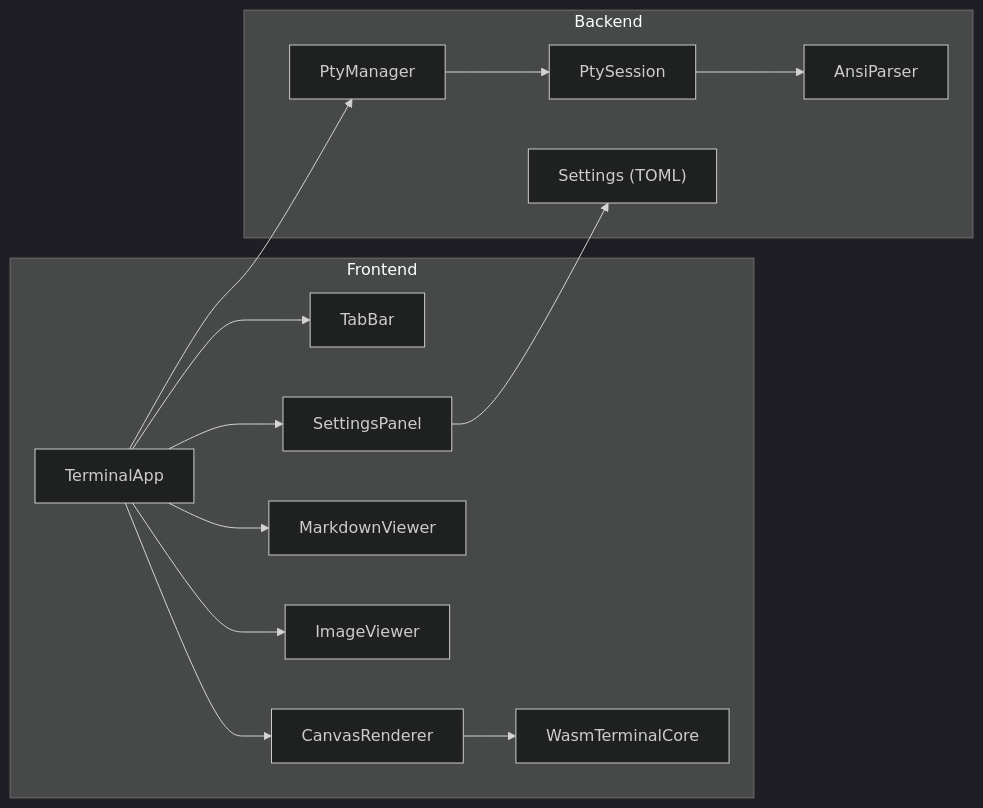
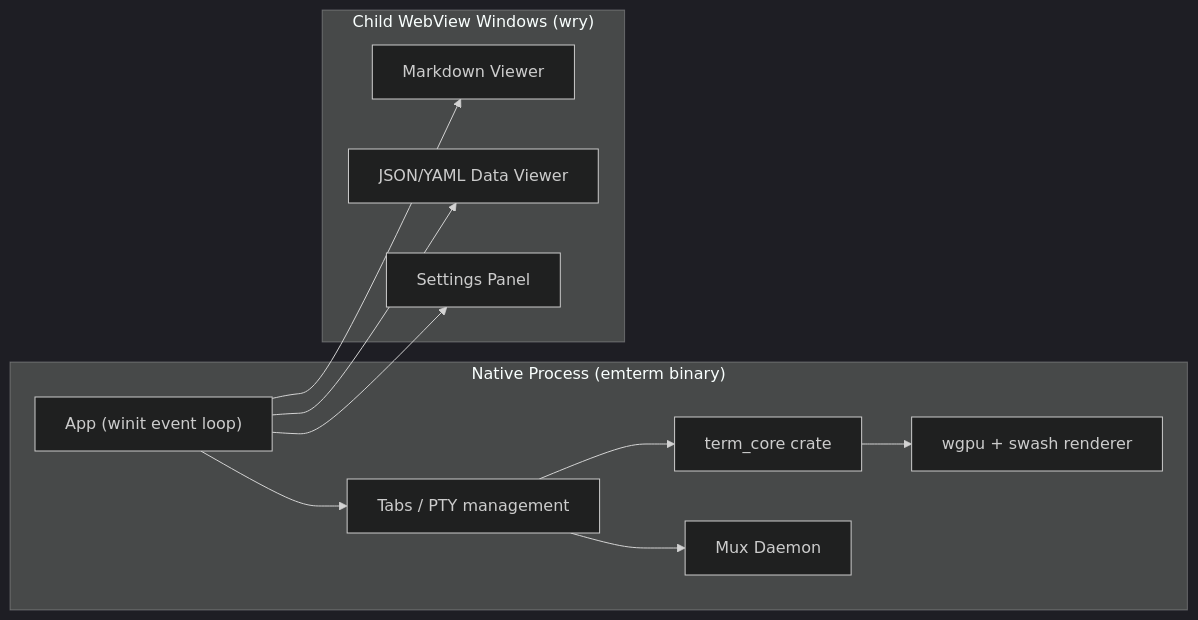
One commit to m-m-n/emterm changed the second of 2 diagrams in doc/SPECIFICATION.md. Above: the diagram before and after it, drawn with Mermaid (dark theme). The commit also changed other lines of this file and 2 other files, not shown here.

First line of the commit message:
docs: refresh SPECIFICATION and README for native architecture

````diff
--- a/doc/SPECIFICATION.md
+++ b/doc/SPECIFICATION.md
@@ -33,30 +32,24 @@
 ```mermaid
 graph LR
-    subgraph Frontend
-        TermApp["TerminalApp"]
-        TabBar["TabBar"]
-        CanvasRenderer["CanvasRenderer"]
-        WasmCore["WasmTerminalCore"]
-        MarkdownViewer["MarkdownViewer"]
-        ImageViewer["ImageViewer"]
-        SettingsPanel["SettingsPanel"]
+    subgraph Native["Native Process (emterm binary)"]
+        App["App (winit event loop)"]
+        Tabs["Tabs / PTY management"]
+        TermCore["term_core crate"]
+        Renderer["wgpu + swash renderer"]
+        MuxDaemon["Mux Daemon"]
     end
 
-    subgraph Backend
-        PtyManager["PtyManager"]
-        PtySession["PtySession"]
-        AnsiParser["AnsiParser"]
-        Settings["Settings (TOML)"]
+    subgraph ChildWebViews["Child WebView Windows (wry)"]
+        MarkdownViewer["Markdown Viewer"]
+        DataViewer["JSON/YAML Data Viewer"]
+        SettingsPanel["Settings Panel"]
     end
 
-    TermApp --> TabBar
-    TermApp --> CanvasRenderer
-    CanvasRenderer --> WasmCore
-    TermApp --> MarkdownViewer
-    TermApp --> ImageViewer
-    TermApp --> SettingsPanel
-    SettingsPanel --> Settings
-    TermApp --> PtyManager
-    PtyManager --> PtySession
-    PtySession --> AnsiParser
+    App --> Tabs
+    Tabs --> TermCore
+    TermCore --> Renderer
+    App --> MarkdownViewer
+    App --> DataViewer
+    App --> SettingsPanel
+    Tabs --> MuxDaemon
 ```
````
